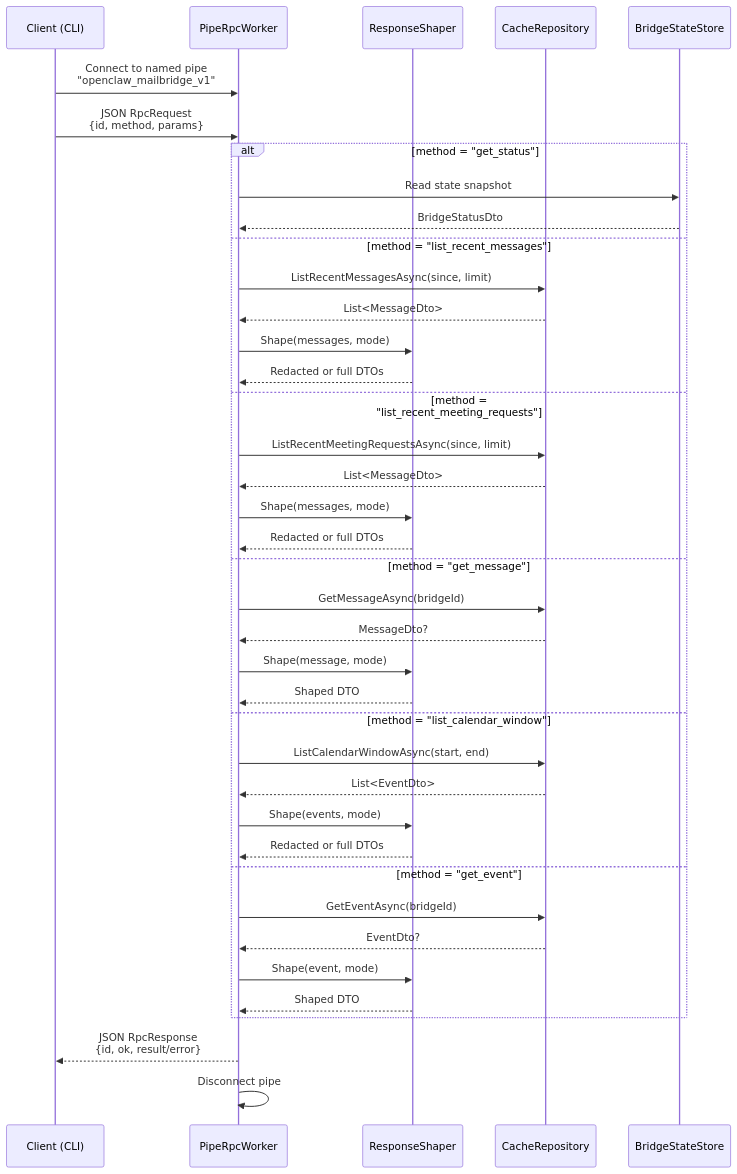
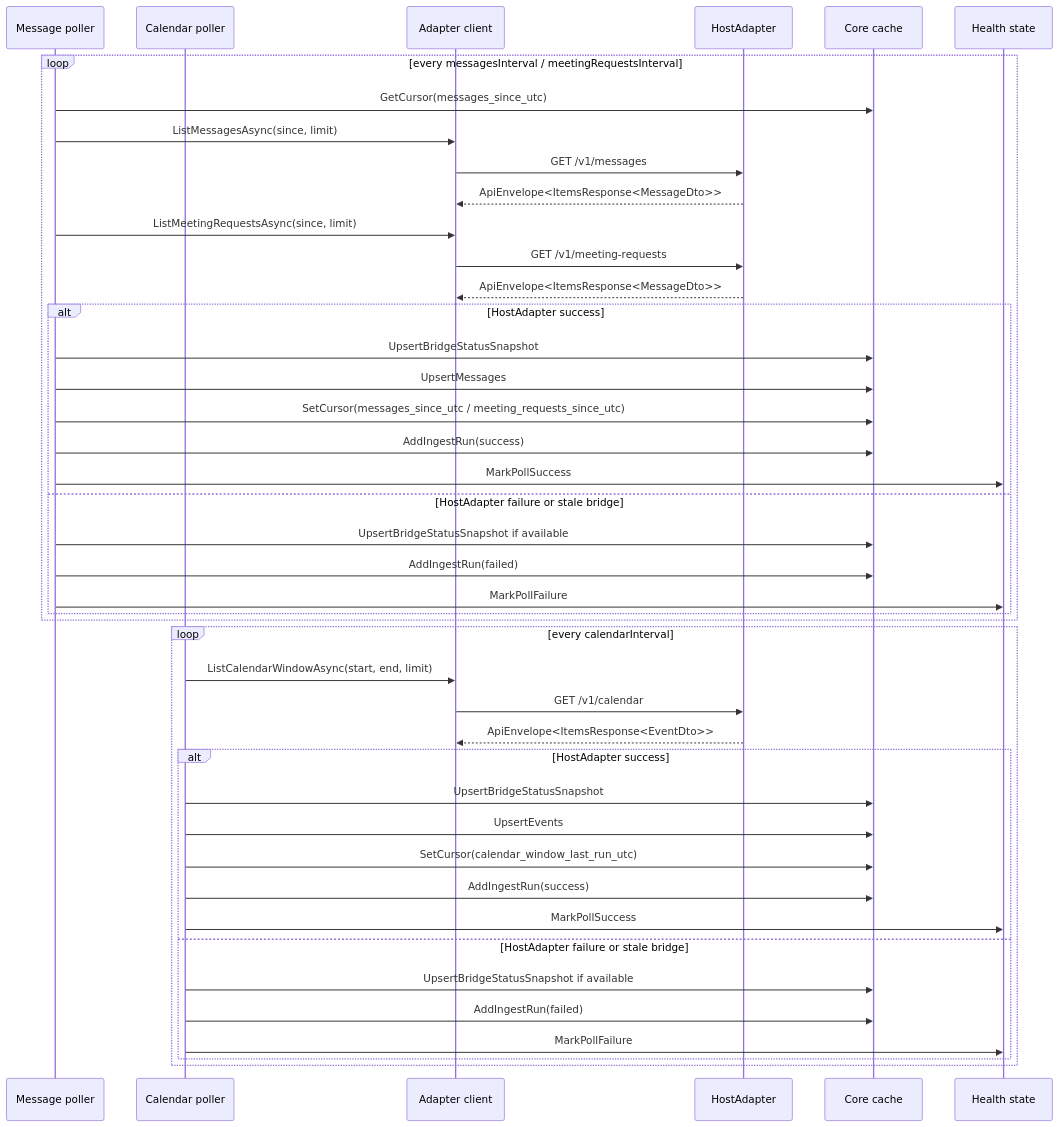
The fifth of 12 diagrams in docs/architecture-diagrams.md (drmoisan/open-claw-bridge), drawn with Mermaid before and after one commit. The commit also changed other lines of this file and 3 other files, not shown here.

````diff
--- a/docs/architecture-diagrams.md
+++ b/docs/architecture-diagrams.md
@@ -154,45 +204,48 @@
 ```mermaid
+%%{init: {"themeVariables": {"fontSize": "14px"}, "sequence": {"actorFontSize": 14, "messageFontSize": 14, "noteFontSize": 14}}}%%
 sequenceDiagram
-    participant CLI as Client (CLI)
-    participant PRW as PipeRpcWorker
-    participant RS as ResponseShaper
-    participant CR as CacheRepository
-    participant BSS as BridgeStateStore
+    participant MPW as Message poller
+    participant CPW as Calendar poller
+    participant Http as Adapter client
+    participant HA as HostAdapter
+    participant Repo as Core cache
+    participant Health as Health state
 
-    CLI->>PRW: Connect to named pipe<br/>"openclaw_mailbridge_v1"
-
-    CLI->>PRW: JSON RpcRequest<br/>{id, method, params}
-
-    alt method = "get_status"
-        PRW->>BSS: Read state snapshot
-        BSS-->>PRW: BridgeStatusDto
-    else method = "list_recent_messages"
-        PRW->>CR: ListRecentMessagesAsync(since, limit)
-        CR-->>PRW: List<MessageDto>
-        PRW->>RS: Shape(messages, mode)
-        RS-->>PRW: Redacted or full DTOs
-    else method = "list_recent_meeting_requests"
-        PRW->>CR: ListRecentMeetingRequestsAsync(since, limit)
-        CR-->>PRW: List<MessageDto>
-        PRW->>RS: Shape(messages, mode)
-        RS-->>PRW: Redacted or full DTOs
-    else method = "get_message"
-        PRW->>CR: GetMessageAsync(bridgeId)
-        CR-->>PRW: MessageDto?
-        PRW->>RS: Shape(message, mode)
-        RS-->>PRW: Shaped DTO
-    else method = "list_calendar_window"
-        PRW->>CR: ListCalendarWindowAsync(start, end)
-        CR-->>PRW: List<EventDto>
-        PRW->>RS: Shape(events, mode)
-        RS-->>PRW: Redacted or full DTOs
-    else method = "get_event"
-        PRW->>CR: GetEventAsync(bridgeId)
-        CR-->>PRW: EventDto?
-        PRW->>RS: Shape(event, mode)
-        RS-->>PRW: Shaped DTO
+    loop every messagesInterval / meetingRequestsInterval
+        MPW->>Repo: GetCursor(messages_since_utc)
+        MPW->>Http: ListMessagesAsync(since, limit)
+        Http->>HA: GET /v1/messages
+        HA-->>Http: ApiEnvelope<ItemsResponse<MessageDto>>
+        MPW->>Http: ListMeetingRequestsAsync(since, limit)
+        Http->>HA: GET /v1/meeting-requests
+        HA-->>Http: ApiEnvelope<ItemsResponse<MessageDto>>
+        alt HostAdapter success
+            MPW->>Repo: UpsertBridgeStatusSnapshot
+            MPW->>Repo: UpsertMessages
+            MPW->>Repo: SetCursor(messages_since_utc / meeting_requests_since_utc)
+            MPW->>Repo: AddIngestRun(success)
+            MPW->>Health: MarkPollSuccess
+        else HostAdapter failure or stale bridge
+            MPW->>Repo: UpsertBridgeStatusSnapshot if available
+            MPW->>Repo: AddIngestRun(failed)
+            MPW->>Health: MarkPollFailure
+        end
     end
 
-    PRW-->>CLI: JSON RpcResponse<br/>{id, ok, result/error}
-    PRW->>PRW: Disconnect pipe
+    loop every calendarInterval
+        CPW->>Http: ListCalendarWindowAsync(start, end, limit)
+        Http->>HA: GET /v1/calendar
+        HA-->>Http: ApiEnvelope<ItemsResponse<EventDto>>
+        alt HostAdapter success
+            CPW->>Repo: UpsertBridgeStatusSnapshot
+            CPW->>Repo: UpsertEvents
+            CPW->>Repo: SetCursor(calendar_window_last_run_utc)
+            CPW->>Repo: AddIngestRun(success)
+            CPW->>Health: MarkPollSuccess
+        else HostAdapter failure or stale bridge
+            CPW->>Repo: UpsertBridgeStatusSnapshot if available
+            CPW->>Repo: AddIngestRun(failed)
+            CPW->>Health: MarkPollFailure
+        end
+    end
 ```
````
